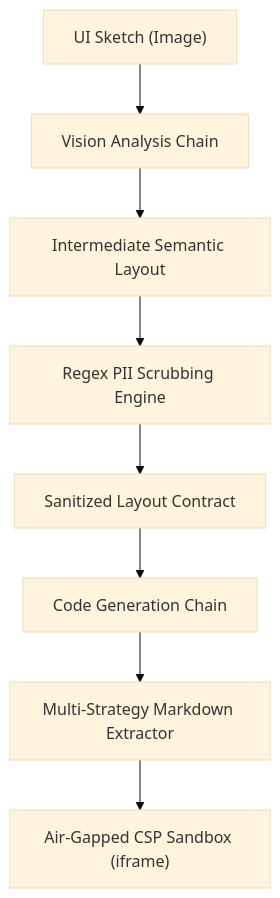
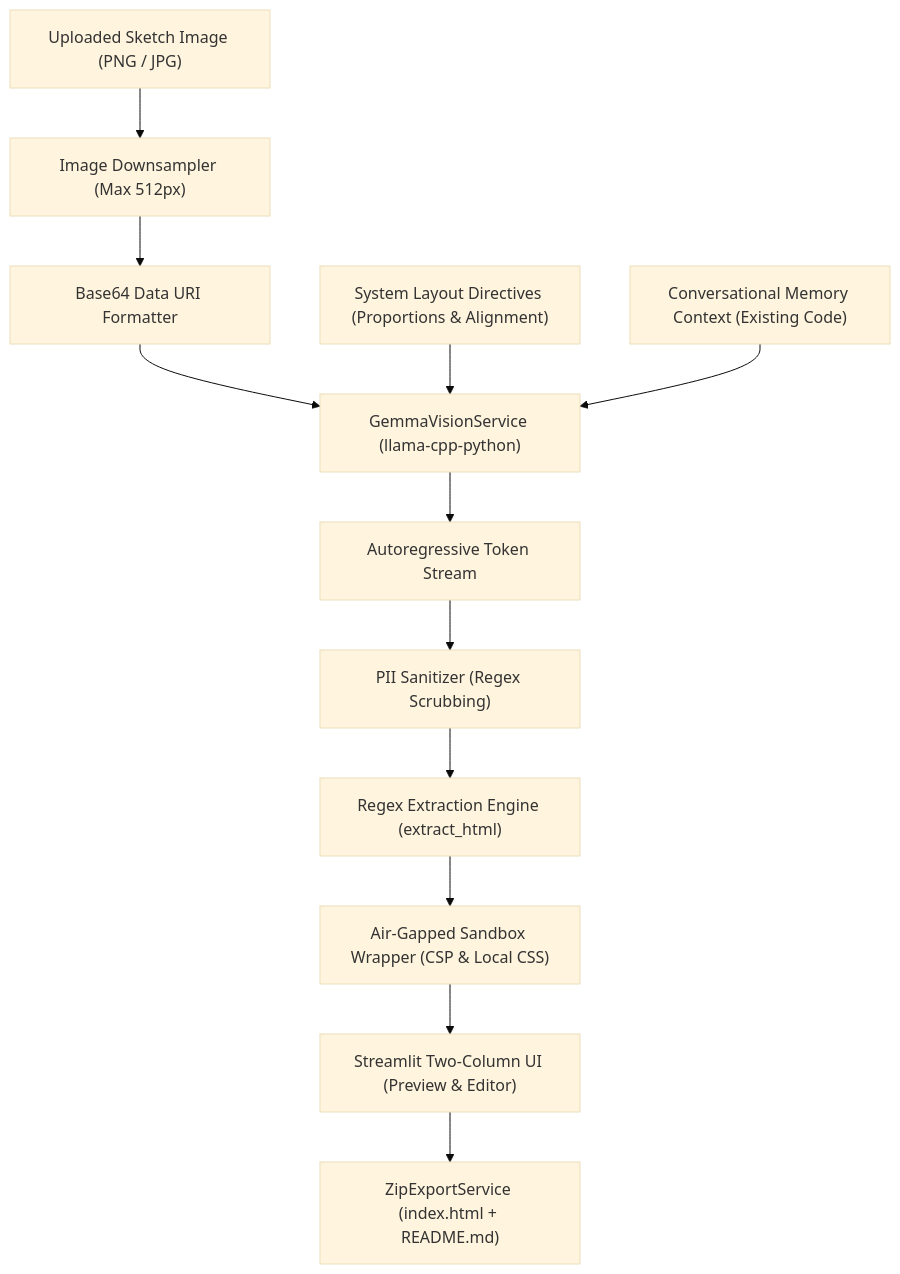
The diagram in README.md (austinhttps/roboui), drawn with Mermaid (base theme) before and after one commit. The commit also changed other lines of this file, not shown here.

Commit message:
docs: add architecture diagram, setup instructions, and engineering tradeoffs

````diff
--- a/README.md
+++ b/README.md
@@ -5,10 +9,14 @@
 ```mermaid
 flowchart TD
-    A["UI Sketch (Image)"] --> B["Vision Analysis Chain"]
-    B --> C["Intermediate Semantic Layout"]
-    C --> D["Regex PII Scrubbing Engine"]
-    D --> E["Sanitized Layout Contract"]
-    E --> F["Code Generation Chain"]
-    F --> G["Multi-Strategy Markdown Extractor"]
-    G --> H["Air-Gapped CSP Sandbox (iframe)"]
+    A["Uploaded Sketch Image (PNG / JPG)"] --> B["Image Downsampler (Max 512px)"]
+    B --> C["Base64 Data URI Formatter"]
+    C --> D["GemmaVisionService (llama-cpp-python)"]
+    E["System Layout Directives (Proportions & Alignment)"] --> D
+    F["Conversational Memory Context (Existing Code)"] --> D
+    D --> G["Autoregressive Token Stream"]
+    G --> H["PII Sanitizer (Regex Scrubbing)"]
+    H --> I["Regex Extraction Engine (extract_html)"]
+    I --> J["Air-Gapped Sandbox Wrapper (CSP & Local CSS)"]
+    J --> K["Streamlit Two-Column UI (Preview & Editor)"]
+    K --> L["ZipExportService (index.html + README.md)"]
 ```
````
